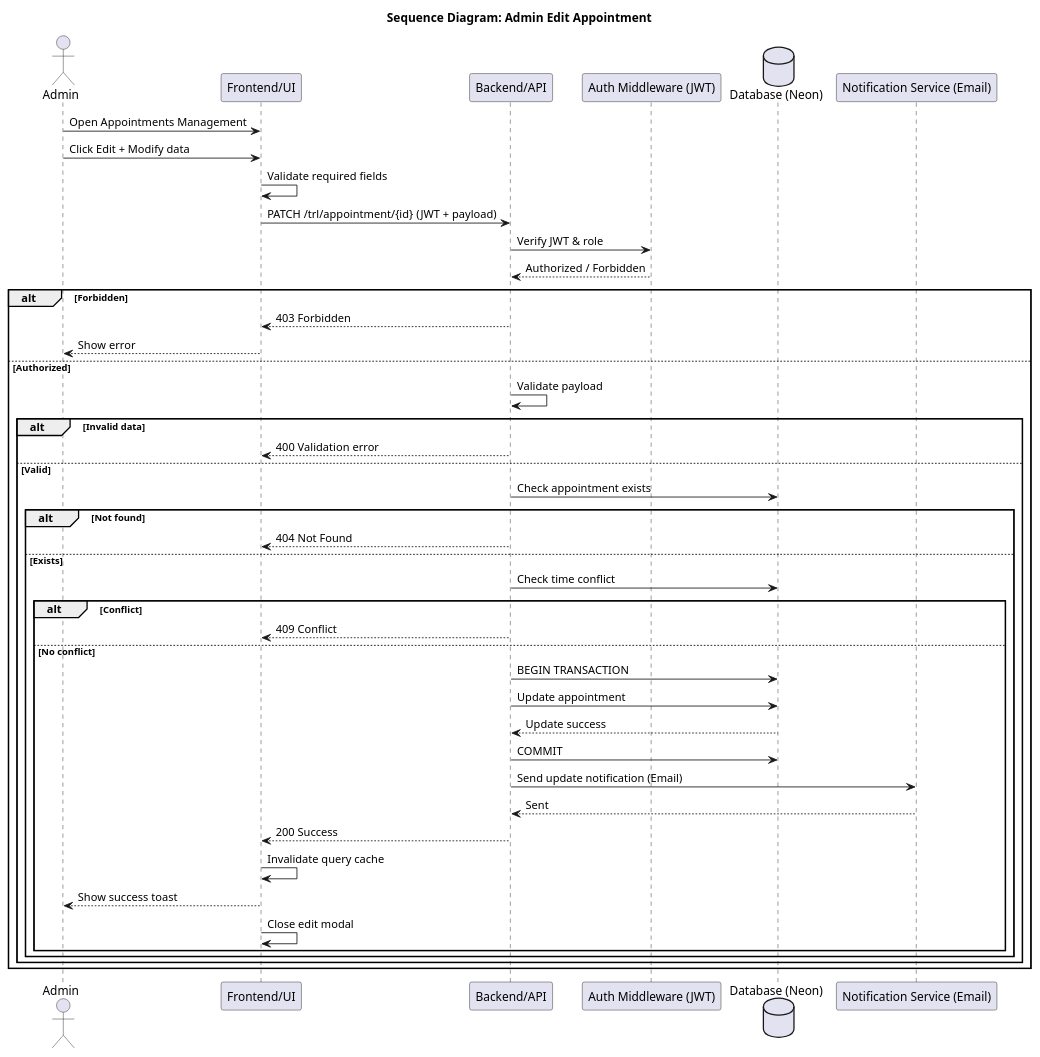
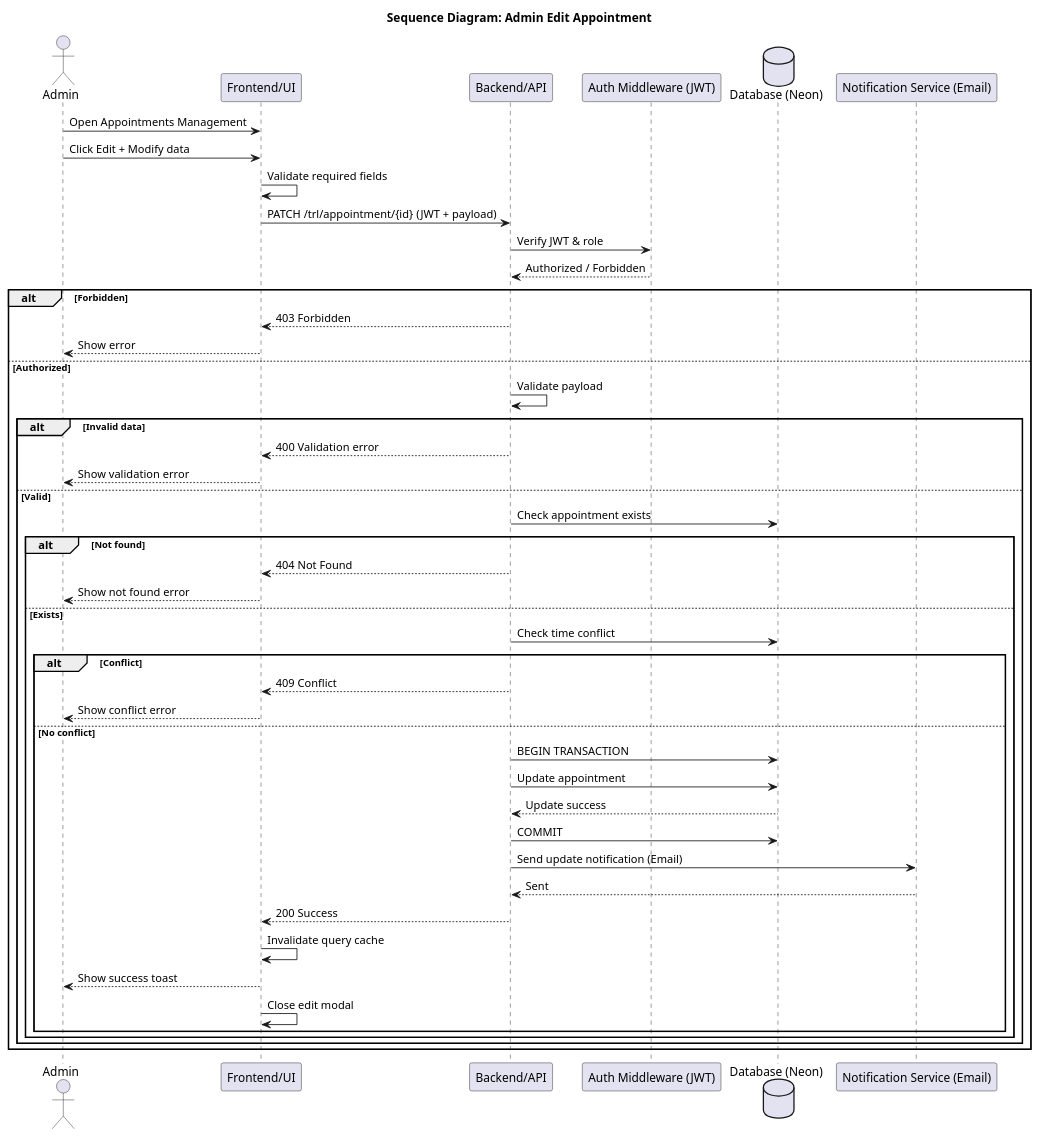
Before and after one commit to punyanuch-h/trl-research-frontend: the diagram in sequence diagram/admin/admin_edit_appointments.puml, drawn with PlantUML. The commit also changed 2 other files, not shown here.

```diff
--- a/sequence diagram/admin/admin_edit_appointments.puml
+++ b/sequence diagram/admin/admin_edit_appointments.puml
@@ -1,53 +1,56 @@
 @startuml
 title Sequence Diagram: Admin Edit Appointment
 
 actor Admin
 participant "Frontend/UI" as UI
 participant "Backend/API" as API
 participant "Auth Middleware (JWT)" as AUTH
 database "Database (Neon)" as DB
 participant "Notification Service (Email)" as NOTI
 
 Admin -> UI: Open Appointments Management
 
 Admin -> UI: Click Edit + Modify data
 UI -> UI: Validate required fields
 UI -> API: PATCH /trl/appointment/{id} (JWT + payload)
 
 API -> AUTH: Verify JWT & role
 AUTH --> API: Authorized / Forbidden
 
 alt Forbidden
     API --> UI: 403 Forbidden
     UI --> Admin: Show error
 else Authorized
     API -> API: Validate payload
     alt Invalid data
         API --> UI: 400 Validation error
+        UI --> Admin: Show validation error
     else Valid
         API -> DB: Check appointment exists
         alt Not found
             API --> UI: 404 Not Found
+            UI --> Admin: Show not found error
         else Exists
             API -> DB: Check time conflict
             alt Conflict
                 API --> UI: 409 Conflict
+                UI --> Admin: Show conflict error
             else No conflict
                 API -> DB: BEGIN TRANSACTION
                 API -> DB: Update appointment
                 DB --> API: Update success
                 API -> DB: COMMIT
                 API -> NOTI: Send update notification (Email)
                 NOTI --> API: Sent
                 API --> UI: 200 Success
                 UI -> UI: Invalidate query cache
                 UI --> Admin: Show success toast
                 UI -> UI: Close edit modal
             end
         end
     end
 end
 
 
 
 @enduml
```
